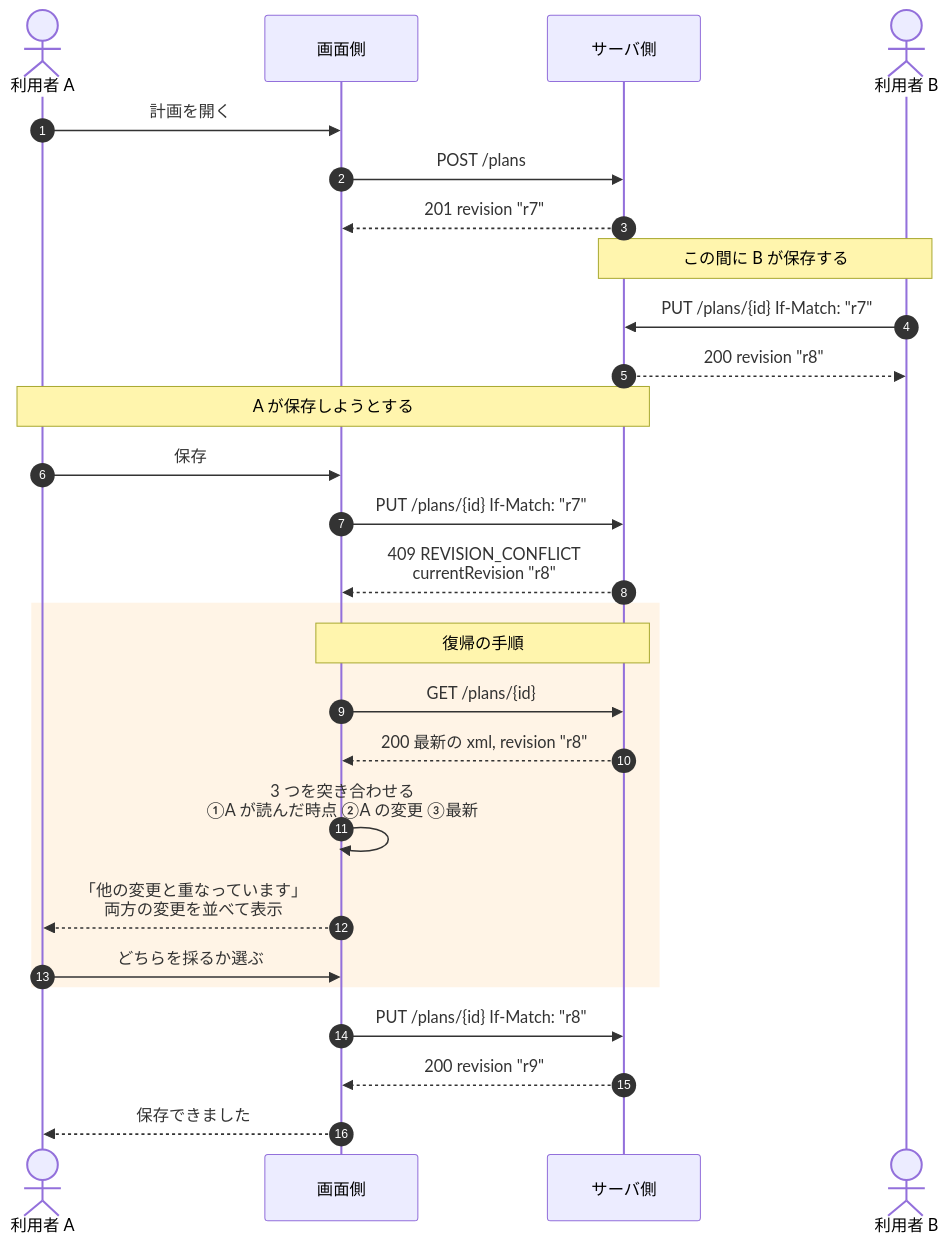
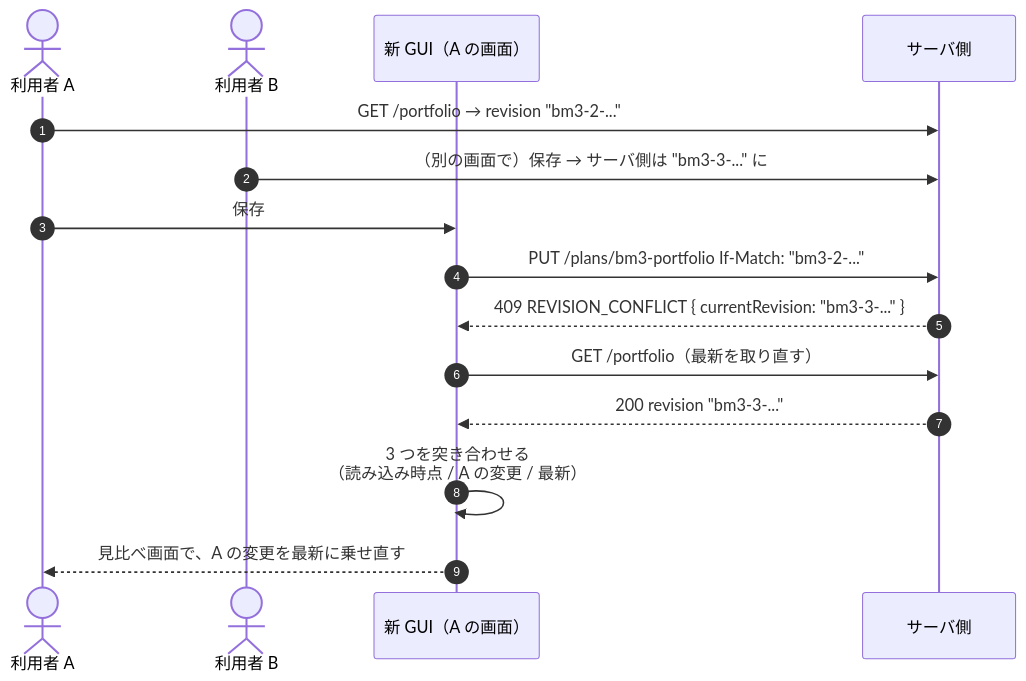
One commit to chidiremen/ccpm-update-support changed the second of 4 diagrams in docs/interface/23-sequences.md. Above: the diagram before and after it, drawn with Mermaid. The commit also changed other lines of this file and 23 other files, not shown here.

````diff
--- a/docs/interface/23-sequences.md
+++ b/docs/interface/23-sequences.md
@@ -68,34 +67,18 @@
 ```mermaid
 sequenceDiagram
     autonumber
-    actor U as 利用者 A
-    participant F as 画面側
+    actor A as 利用者 A
+    actor B as 利用者 B
+    participant F as 新 GUI（A の画面）
     participant S as サーバ側
-    actor B as 利用者 B
 
-    U->>F: 計画を開く
-    F->>S: POST /plans
-    S-->>F: 201 revision "r7"
-
-    Note over B,S: この間に B が保存する
-    B->>S: PUT /plans/{id}  If-Match: "r7"
-    S-->>B: 200 revision "r8"
-
-    Note over U,S: A が保存しようとする
-    U->>F: 保存
-    F->>S: PUT /plans/{id}  If-Match: "r7"
-    S-->>F: 409 REVISION_CONFLICT<br/>currentRevision "r8"
-
-    rect rgb(255, 244, 230)
-        Note over F,S: 復帰の手順
-        F->>S: GET /plans/{id}
-        S-->>F: 200 最新の xml, revision "r8"
-        F->>F: 3 つを突き合わせる<br/>①A が読んだ時点 ②A の変更 ③最新
-        F-->>U: 「他の変更と重なっています」<br/>両方の変更を並べて表示
-        U->>F: どちらを採るか選ぶ
-    end
-
-    F->>S: PUT /plans/{id}  If-Match: "r8"
-    S-->>F: 200 revision "r9"
-    F-->>U: 保存できました
+    A->>S: GET /portfolio → revision "bm3-2-..."
+    B->>S: （別の画面で）保存 → サーバ側は "bm3-3-..." に
+    A->>F: 保存
+    F->>S: PUT /plans/bm3-portfolio  If-Match: "bm3-2-..."
+    S-->>F: 409 REVISION_CONFLICT { currentRevision: "bm3-3-..." }
+    F->>S: GET /portfolio（最新を取り直す）
+    S-->>F: 200 revision "bm3-3-..."
+    F->>F: 3 つを突き合わせる<br/>（読み込み時点 / A の変更 / 最新）
+    F-->>A: 見比べ画面で、A の変更を最新に乗せ直す
 ```
````
